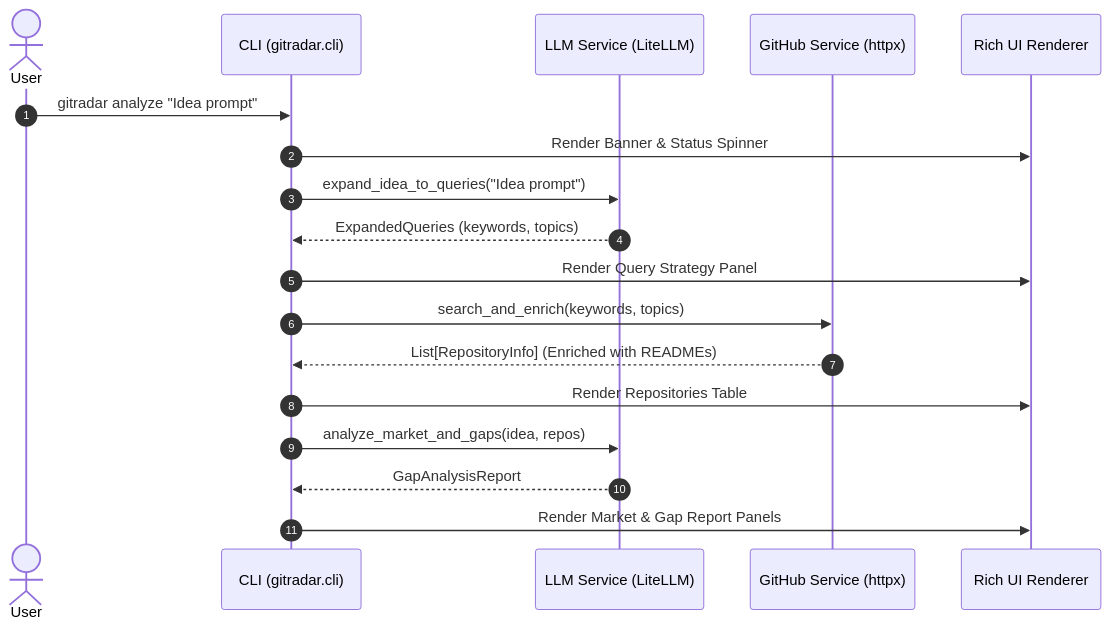
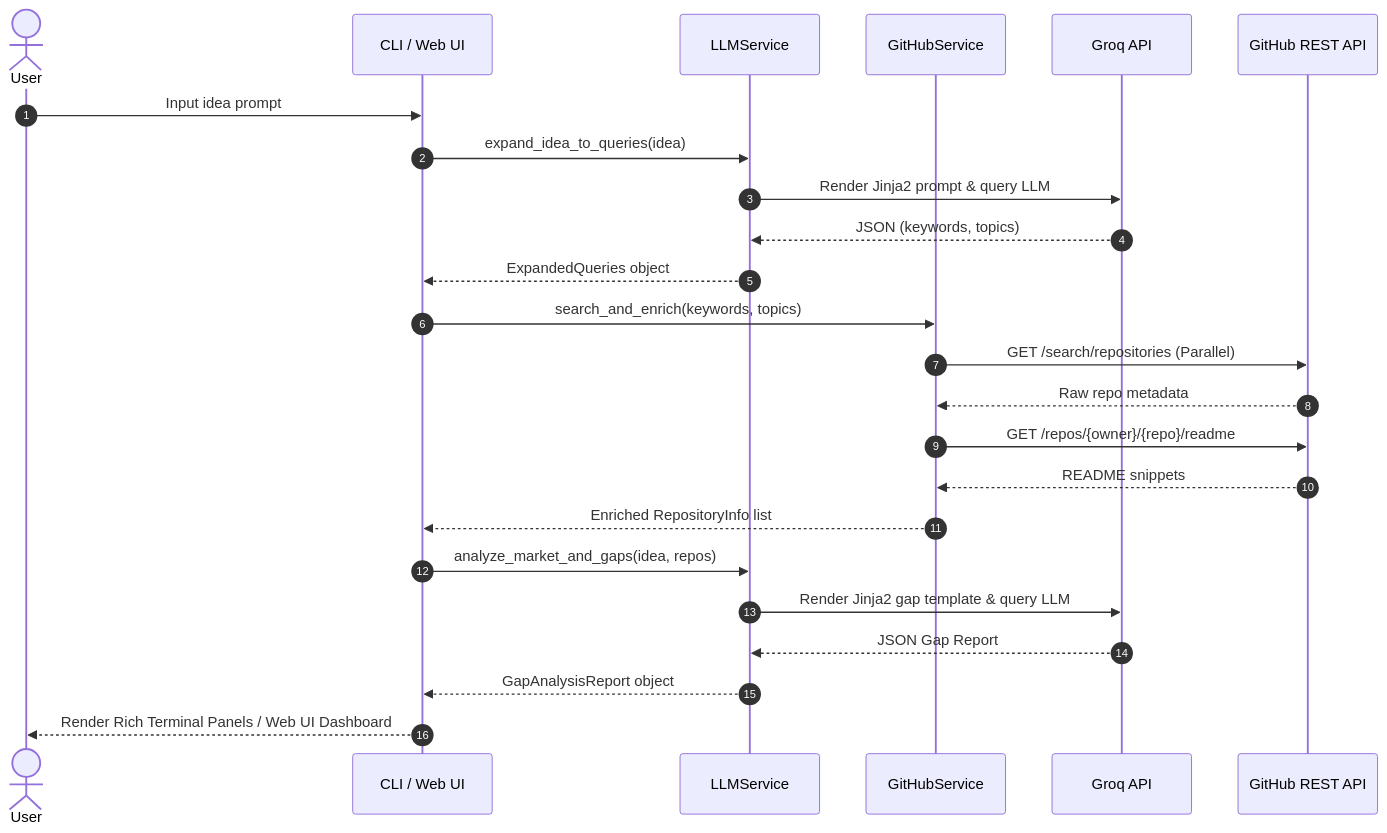
Before and after one commit to AtaCanYmc/GitRadar: the second of 2 diagrams in ARCHITECTURE.md, drawn with Mermaid. The commit also changed other lines of this file and 2 other files, not shown here.

Commit message:
docs: update architecture and contributing documentation for clarity and detail

````diff
--- a/ARCHITECTURE.md
+++ b/ARCHITECTURE.md
@@ -60,23 +83,29 @@
 ```mermaid
 sequenceDiagram
     autonumber
     actor User
-    participant CLI as CLI (gitradar.cli)
-    participant LLM as LLM Service (LiteLLM)
-    participant GH as GitHub Service (httpx)
-    participant UI as Rich UI Renderer
+    participant App as CLI / Web UI
+    participant LLM as LLMService
+    participant GH as GitHubService
+    participant Groq as Groq API
+    participant GHREST as GitHub REST API
 
-    User->>CLI: gitradar analyze "Idea prompt"
-    CLI->>UI: Render Banner & Status Spinner
-    CLI->>LLM: expand_idea_to_queries("Idea prompt")
-    LLM-->>CLI: ExpandedQueries (keywords, topics)
-    CLI->>UI: Render Query Strategy Panel
+    User->>App: Input idea prompt
+    App->>LLM: expand_idea_to_queries(idea)
+    LLM->>Groq: Render Jinja2 prompt & query LLM
+    Groq-->>LLM: JSON (keywords, topics)
+    LLM-->>App: ExpandedQueries object
     
-    CLI->>GH: search_and_enrich(keywords, topics)
-    GH-->>CLI: List[RepositoryInfo] (Enriched with READMEs)
-    CLI->>UI: Render Repositories Table
+    App->>GH: search_and_enrich(keywords, topics)
+    GH->>GHREST: GET /search/repositories (Parallel)
+    GHREST-->>GH: Raw repo metadata
+    GH->>GHREST: GET /repos/{owner}/{repo}/readme
+    GHREST-->>GH: README snippets
+    GH-->>App: Enriched RepositoryInfo list
     
-    CLI->>LLM: analyze_market_and_gaps(idea, repos)
-    LLM-->>CLI: GapAnalysisReport
-    CLI->>UI: Render Market & Gap Report Panels
+    App->>LLM: analyze_market_and_gaps(idea, repos)
+    LLM->>Groq: Render Jinja2 gap template & query LLM
+    Groq-->>LLM: JSON Gap Report
+    LLM-->>App: GapAnalysisReport object
+    App-->>User: Render Rich Terminal Panels / Web UI Dashboard
 ```
````
